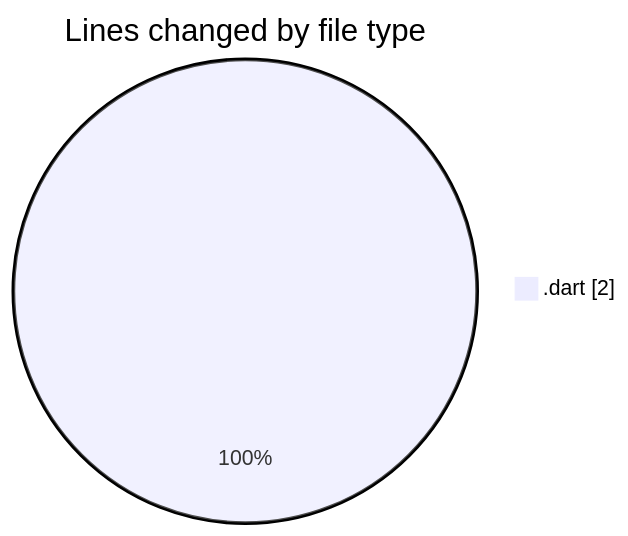
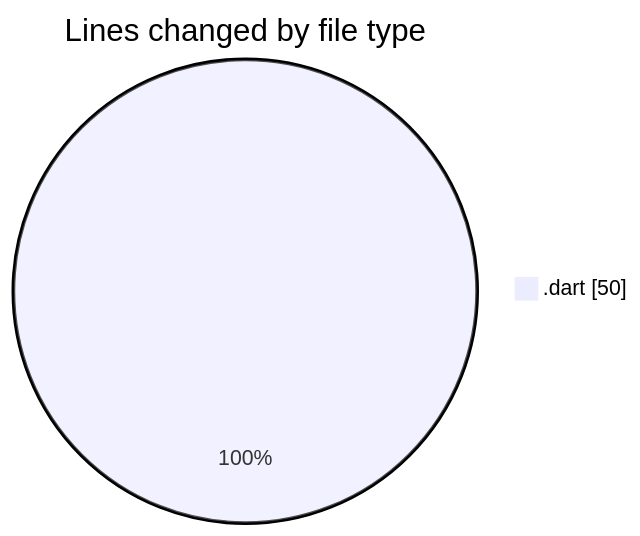
Before and after one commit to idhammustaqopulfikri/code-tracking: the first of 2 diagrams in 2025-04-17/belajar_flutter/README.md, drawn with Mermaid. The commit also changed other lines of this file and 1 other file, not shown here.

````diff
--- a/2025-04-17/belajar_flutter/README.md
+++ b/2025-04-17/belajar_flutter/README.md
@@ -20,5 +21,5 @@
 ```mermaid
 pie showData
 title Lines changed by file type
-".dart" : 2
+".dart" : 50
 ```
````
